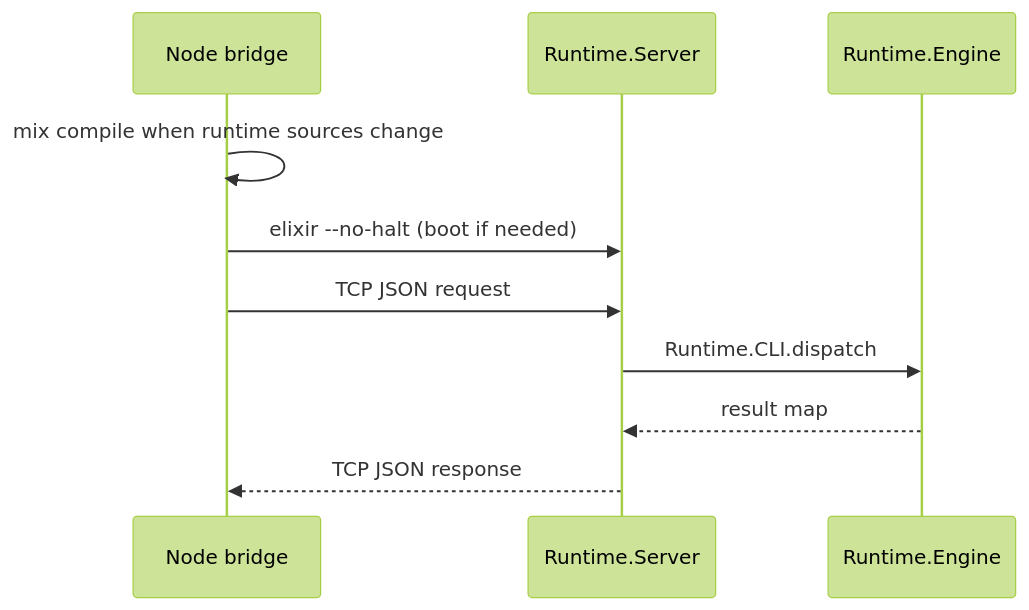
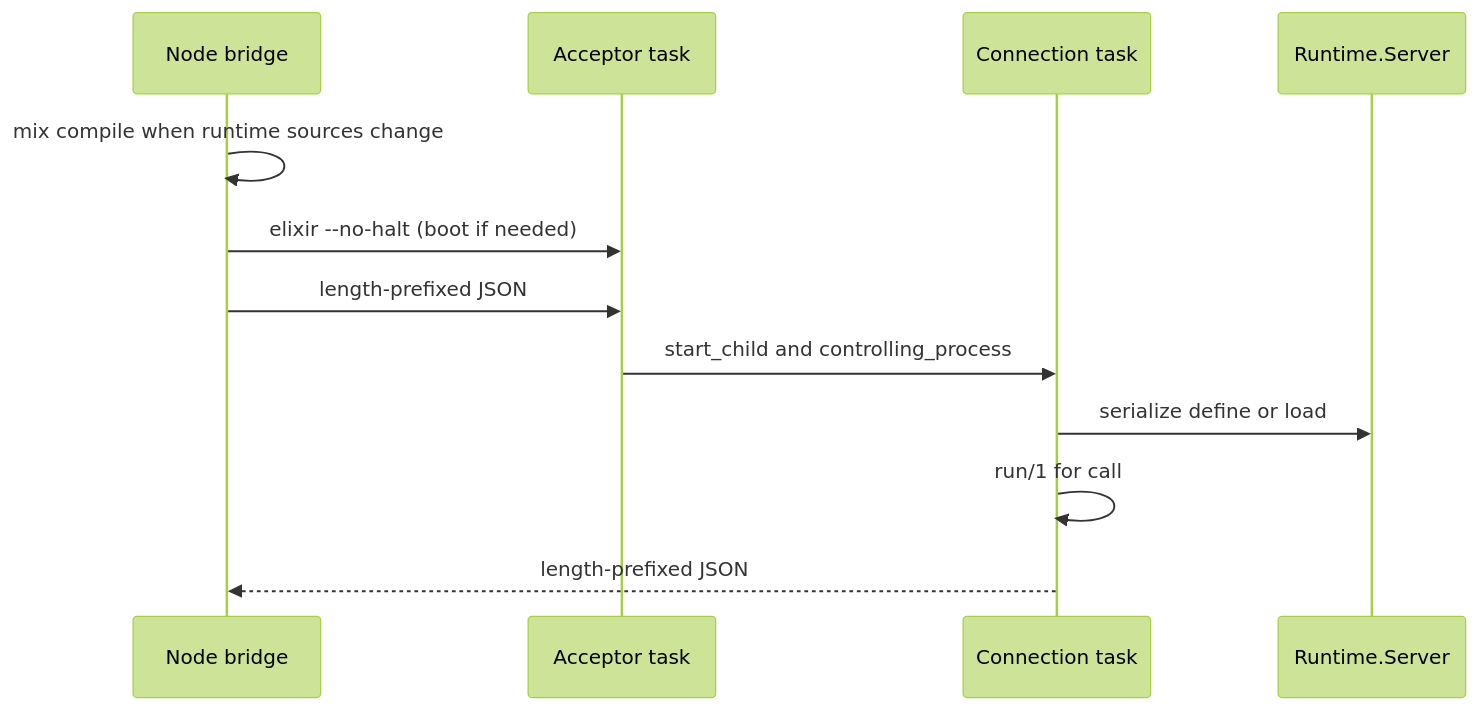
One commit to 0x1d/crucible changed the diagram in runtime/README.md. Above: the diagram before and after it, drawn with Mermaid (forest theme). The commit also changed other lines of this file and 14 other files, not shown here.

First line of the commit message:
fix(runtime): supervise acceptor and connection tasks

````diff
--- a/runtime/README.md
+++ b/runtime/README.md
@@ -26,13 +46,15 @@
 ```mermaid
 sequenceDiagram
   participant Bridge as Node bridge
-  participant Beam as Runtime.Server
-  participant Engine as Runtime.Engine
+  participant Acceptor as Acceptor task
+  participant Conn as Connection task
+  participant Server as Runtime.Server
 
   Bridge->>Bridge: mix compile when runtime sources change
-  Bridge->>Beam: elixir --no-halt (boot if needed)
-  Bridge->>Beam: TCP JSON request
-  Beam->>Engine: Runtime.CLI.dispatch
-  Engine-->>Beam: result map
-  Beam-->>Bridge: TCP JSON response
+  Bridge->>Acceptor: elixir --no-halt (boot if needed)
+  Bridge->>Acceptor: length-prefixed JSON
+  Acceptor->>Conn: start_child and controlling_process
+  Conn->>Server: serialize define or load
+  Conn->>Conn: run/1 for call
+  Conn-->>Bridge: length-prefixed JSON
 ```
````
